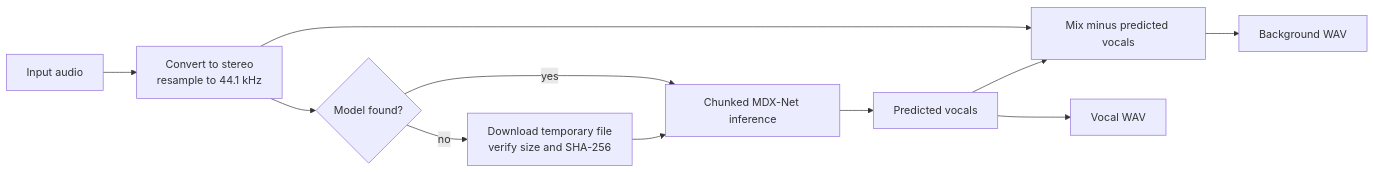
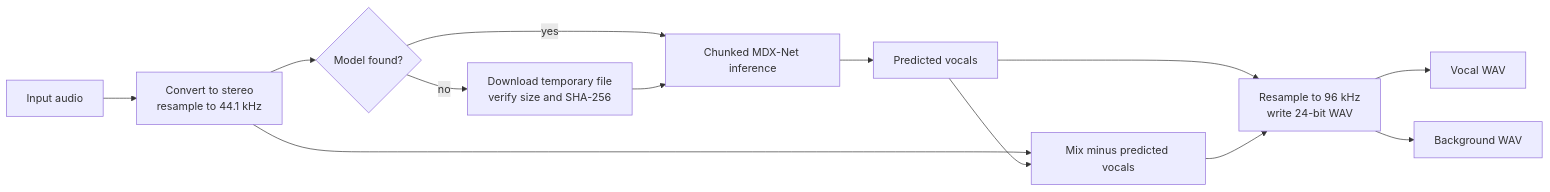
The diagram in docs/en/neural-separation.md (ChouChiu/Purivox), drawn with Mermaid before and after one commit. The commit also changed other lines of this file and 12 other files, not shown here.

````diff
--- a/docs/en/neural-separation.md
+++ b/docs/en/neural-separation.md
@@ -25,13 +26,15 @@
 ```mermaid
 flowchart LR
     input["Input audio"] --> stereo["Convert to stereo<br/>resample to 44.1 kHz"]
     stereo --> model{"Model found?"}
     model -->|no| download["Download temporary file<br/>verify size and SHA-256"]
     model -->|yes| infer["Chunked MDX-Net inference"]
     download --> infer
     infer --> vocal["Predicted vocals"]
     stereo --> subtract["Mix minus predicted vocals"]
     vocal --> subtract
-    vocal --> vocalout["Vocal WAV"]
-    subtract --> background["Background WAV"]
+    vocal --> hires["Resample to 96 kHz<br/>write 24-bit WAV"]
+    subtract --> hires
+    hires --> vocalout["Vocal WAV"]
+    hires --> background["Background WAV"]
 ```
````
